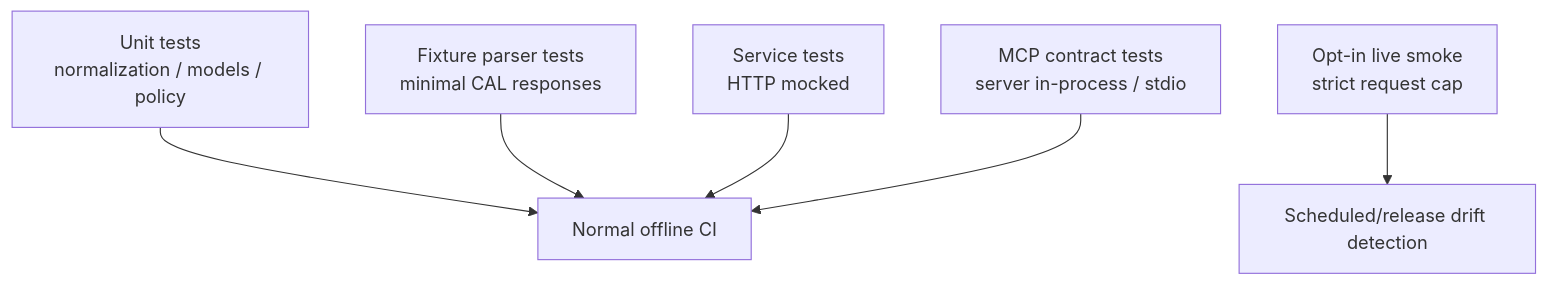
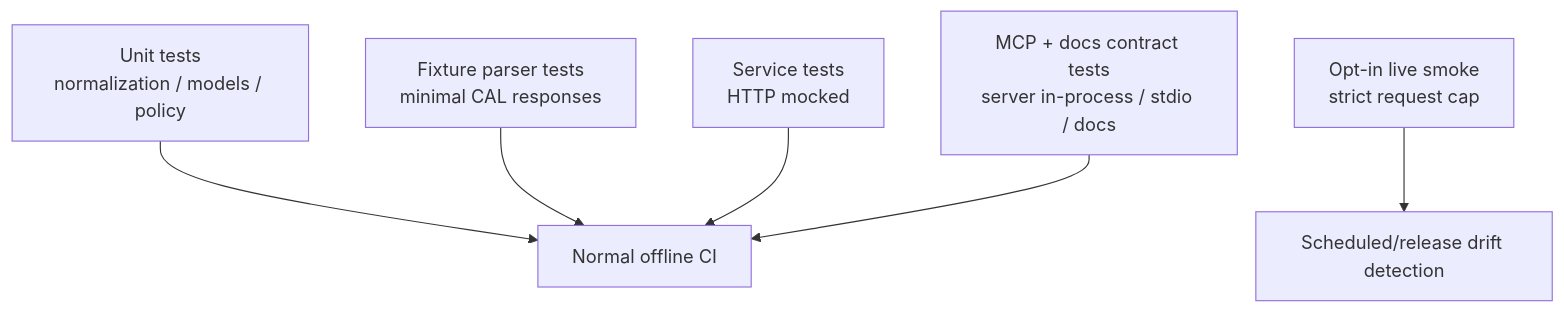
Before and after one commit to alexsosn/CAL-MCP: the seventh of 8 diagrams in wiki/architecture.md, drawn with Mermaid. The commit also changed other lines of this file and 20 other files, not shown here.

````diff
--- a/wiki/architecture.md
+++ b/wiki/architecture.md
@@ -391,14 +362,14 @@
 ```mermaid
 flowchart TB
     U[Unit tests\nnormalization / models / policy]
     F[Fixture parser tests\nminimal CAL responses]
     S[Service tests\nHTTP mocked]
-    M[MCP contract tests\nserver in-process / stdio]
+    M[MCP + docs contract tests\nserver in-process / stdio / docs]
     L[Opt-in live smoke\nstrict request cap]
 
     U --> CI[Normal offline CI]
     F --> CI
     S --> CI
     M --> CI
     L --> DRIFT[Scheduled/release drift detection]
 ```
````
